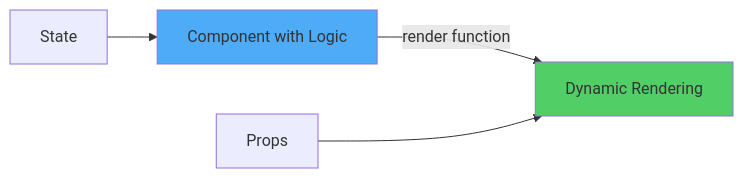
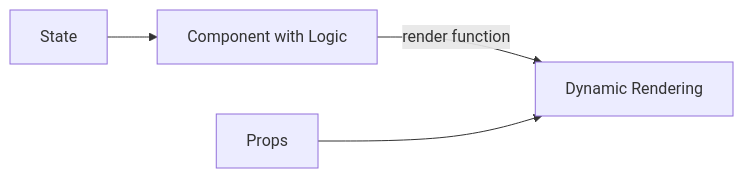
One commit to BabaScience/react-guides changed the ninth of 12 diagrams in arguments/chapters/03-component-patterns-best-practices.md. Above: the diagram before and after it, drawn with Mermaid. The commit also changed other lines of this file and 29 other files, not shown here.

First line of the commit message:
Bring React FR/IT translations to full English parity + theme-safe diagrams

````diff
--- a/arguments/chapters/03-component-patterns-best-practices.md
+++ b/arguments/chapters/03-component-patterns-best-practices.md
@@ -1702,9 +1678,7 @@
 ```mermaid
 graph LR
     A[Component with Logic] -->|render function| B[Dynamic Rendering]
     C[Props] --> B
     D[State] --> A
     
-    style A fill:#4dabf7
-    style B fill:#51cf66
 ```
````
